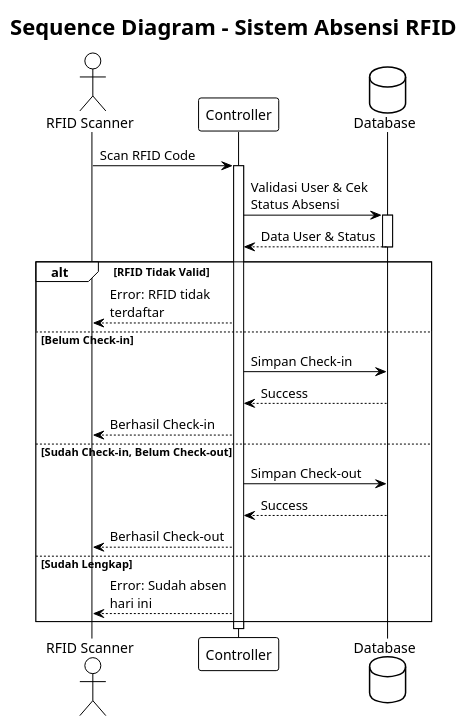
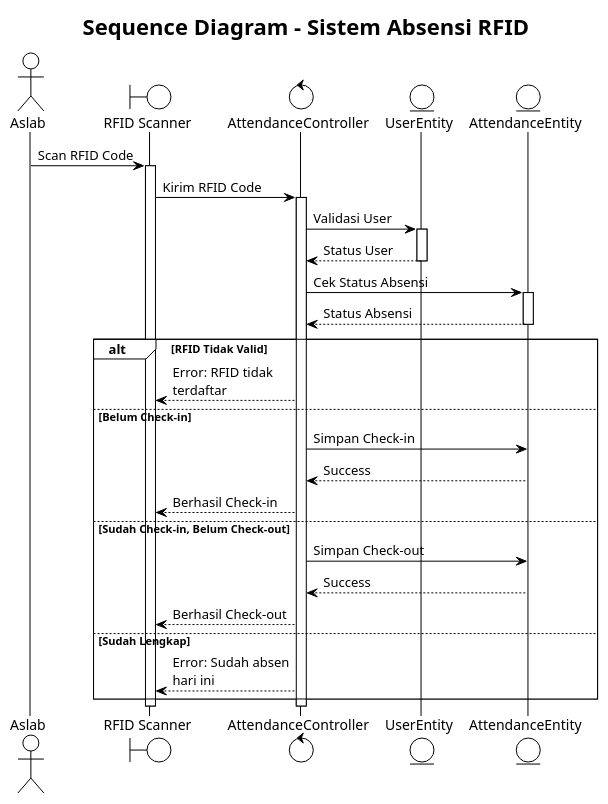
One commit to zalzdarkent/absensi_aslab_react changed the diagram in docs/diagrams/sequence/rfid_attendance_sequence.puml. Above: the diagram before and after it, drawn with PlantUML. The commit also changed 26 other files, not shown here.

First line of the commit message:
Refactor sequence and activity diagrams for asset management, attendance, and registration processes

```diff
--- a/docs/diagrams/sequence/rfid_attendance_sequence.puml
+++ b/docs/diagrams/sequence/rfid_attendance_sequence.puml
@@ -1,38 +1,45 @@
 @startuml RFID Attendance System
 !theme plain
 skinparam maxMessageSize 120
 
 title Sequence Diagram - Sistem Absensi RFID
 
-actor "RFID Scanner" as Scanner
-participant "Controller" as Controller
-database "Database" as DB
 
-Scanner -> Controller: Scan RFID Code
-activate Controller
+actor "Aslab" as Scanner
+boundary "RFID Scanner" as Boundary
+control "AttendanceController" as Control
+entity "UserEntity" as UserEntity
+entity "AttendanceEntity" as AttendanceEntity
 
-Controller -> DB: Validasi User & Cek Status Absensi
-activate DB
-DB --> Controller: Data User & Status
-deactivate DB
+
+Scanner -> Boundary: Scan RFID Code
+activate Boundary
+Boundary -> Control: Kirim RFID Code
+activate Control
+Control -> UserEntity: Validasi User
+activate UserEntity
+UserEntity --> Control: Status User
+deactivate UserEntity
+Control -> AttendanceEntity: Cek Status Absensi
+activate AttendanceEntity
+AttendanceEntity --> Control: Status Absensi
+deactivate AttendanceEntity
 
 alt RFID Tidak Valid
-    Controller --> Scanner: Error: RFID tidak terdaftar
-
+    Control --> Boundary: Error: RFID tidak terdaftar
 else Belum Check-in
-    Controller -> DB: Simpan Check-in
-    DB --> Controller: Success
-    Controller --> Scanner: Berhasil Check-in
-
+    Control -> AttendanceEntity: Simpan Check-in
+    AttendanceEntity --> Control: Success
+    Control --> Boundary: Berhasil Check-in
 else Sudah Check-in, Belum Check-out
-    Controller -> DB: Simpan Check-out
-    DB --> Controller: Success
-    Controller --> Scanner: Berhasil Check-out
-
+    Control -> AttendanceEntity: Simpan Check-out
+    AttendanceEntity --> Control: Success
+    Control --> Boundary: Berhasil Check-out
 else Sudah Lengkap
-    Controller --> Scanner: Error: Sudah absen hari ini
+    Control --> Boundary: Error: Sudah absen hari ini
 end
 
-deactivate Controller
+deactivate Control
+deactivate Boundary
 
 @enduml
```
